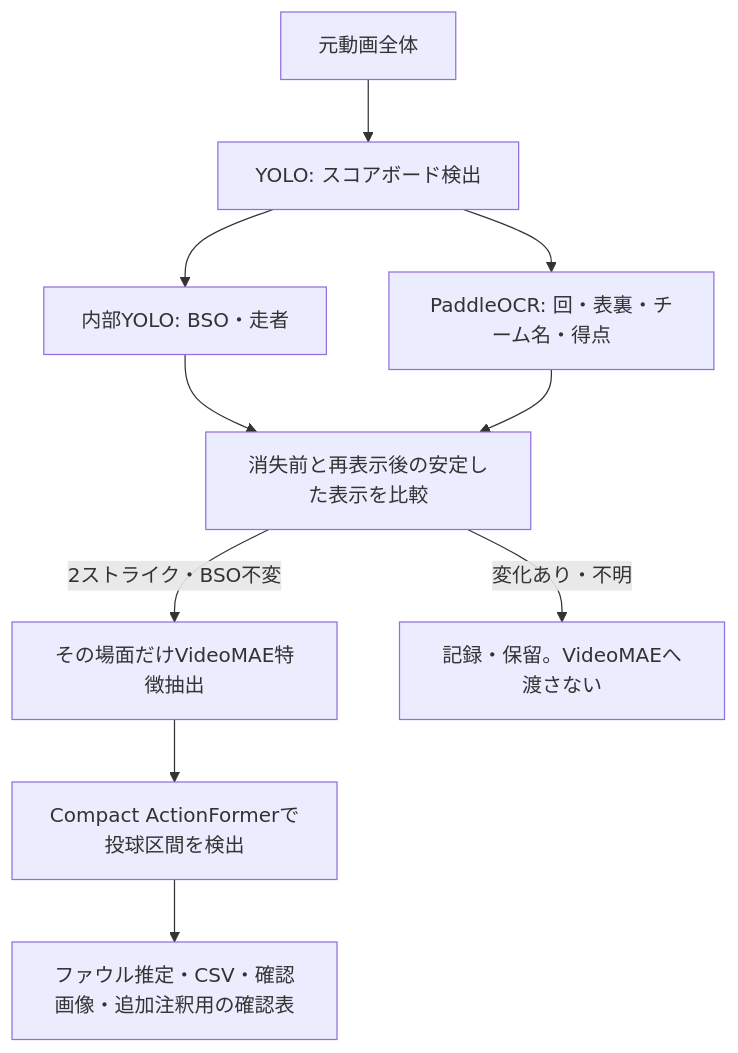
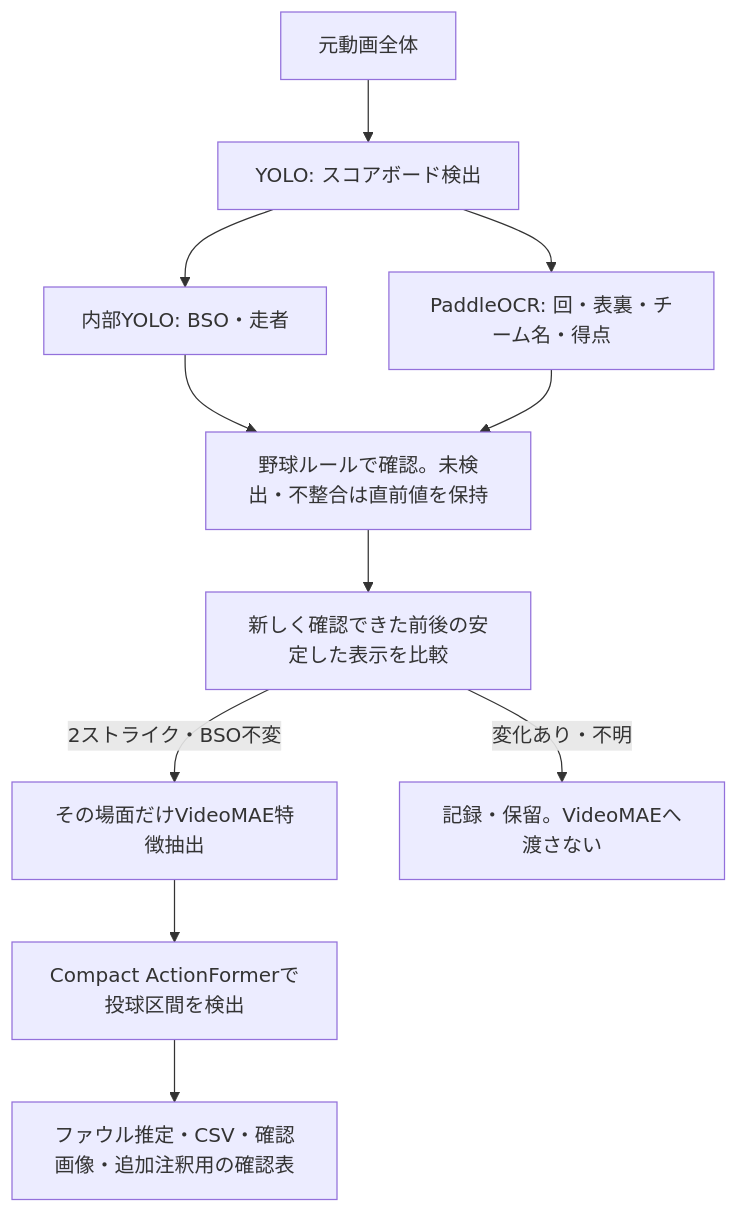
One commit to Yu-Tanahashi1226/----B-py changed the diagram in two_strike_foul/README.md. Above: the diagram before and after it, drawn with Mermaid. The commit also changed other lines of this file and 20 other files, not shown here.

````diff
--- a/two_strike_foul/README.md
+++ b/two_strike_foul/README.md
@@ -11,12 +13,13 @@
 ```mermaid
 flowchart TD
  A[元動画全体] --> B[YOLO: スコアボード検出]
  B --> C[内部YOLO: BSO・走者]
  B --> D[PaddleOCR: 回・表裏・チーム名・得点]
- C --> E[消失前と再表示後の安定した表示を比較]
- D --> E
+ C --> R[野球ルールで確認。未検出・不整合は直前値を保持]
+ D --> R
+ R --> E[新しく確認できた前後の安定した表示を比較]
  E -->|2ストライク・BSO不変| F[その場面だけVideoMAE特徴抽出]
  E -->|変化あり・不明| G[記録・保留。VideoMAEへ渡さない]
  F --> H[Compact ActionFormerで投球区間を検出]
  H --> I[ファウル推定・CSV・確認画像・追加注釈用の確認表]
 ```
````
